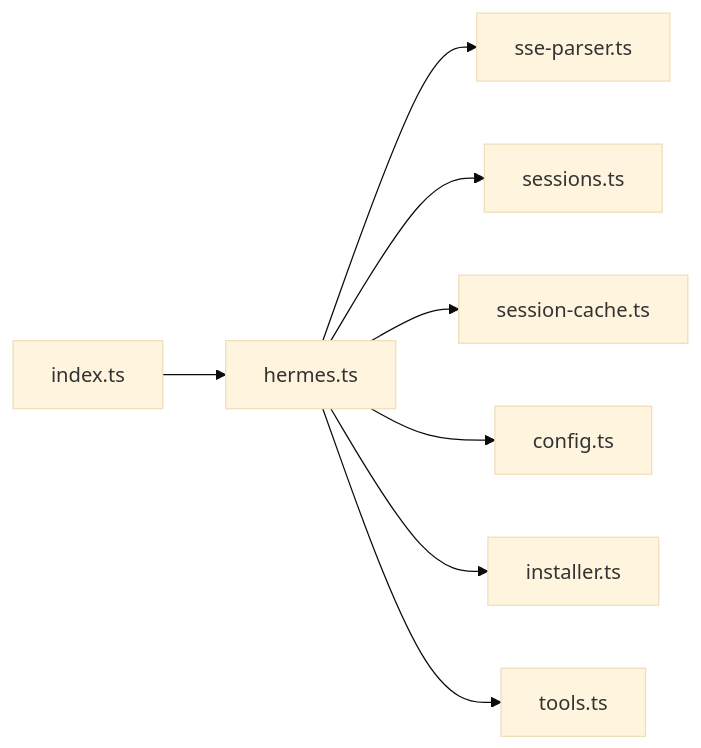
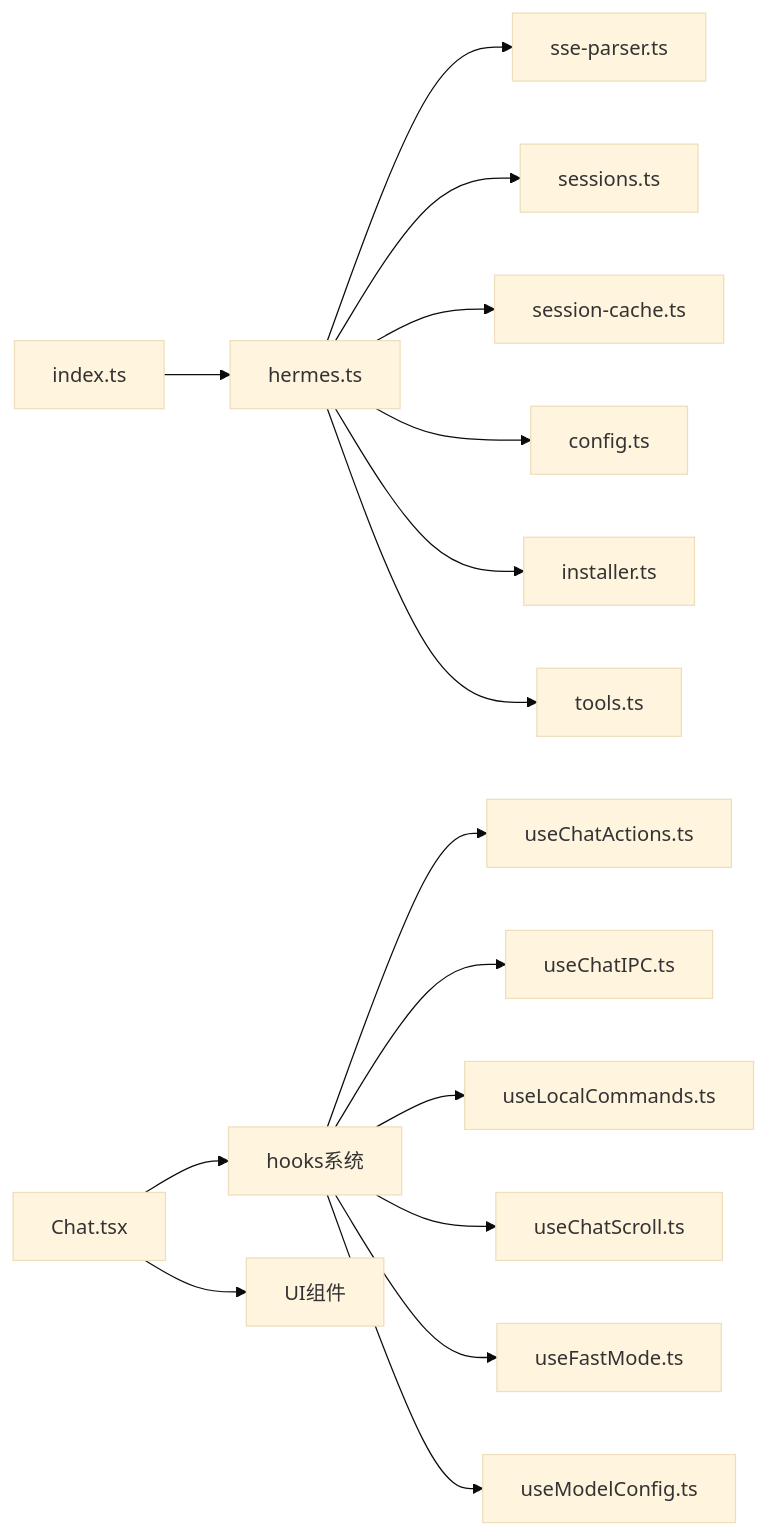
The eighth of 8 diagrams in .qoder/repowiki/zh/content/核心功能模块/聊天引擎.md (HDbright/hermes-desktop), drawn with Mermaid (base theme) before and after one commit. The commit also changed other lines of this file and 15 other files, not shown here.

````diff
--- a/.qoder/repowiki/zh/content/核心功能模块/聊天引擎.md
+++ b/.qoder/repowiki/zh/content/核心功能模块/聊天引擎.md
@@ -269,10 +394,18 @@
 ```mermaid
 graph LR
 index_ts["index.ts"] --> hermes_ts["hermes.ts"]
 hermes_ts --> sse_parser_ts["sse-parser.ts"]
 hermes_ts --> sessions_ts["sessions.ts"]
 hermes_ts --> session_cache_ts["session-cache.ts"]
 hermes_ts --> config_ts["config.ts"]
 hermes_ts --> installer_ts["installer.ts"]
 hermes_ts --> tools_ts["tools.ts"]
+Chat_tsx["Chat.tsx"] --> hooks_system["hooks系统"]
+Chat_tsx --> ui_components["UI组件"]
+hooks_system --> useChatActions_ts["useChatActions.ts"]
+hooks_system --> useChatIPC_ts["useChatIPC.ts"]
+hooks_system --> useLocalCommands_ts["useLocalCommands.ts"]
+hooks_system --> useChatScroll_ts["useChatScroll.ts"]
+hooks_system --> useFastMode_ts["useFastMode.ts"]
+hooks_system --> useModelConfig_ts["useModelConfig.ts"]
 ```
````
